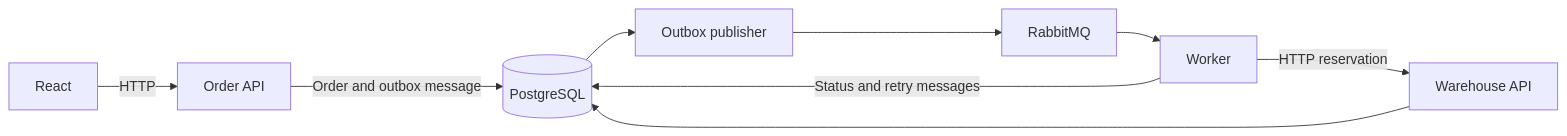
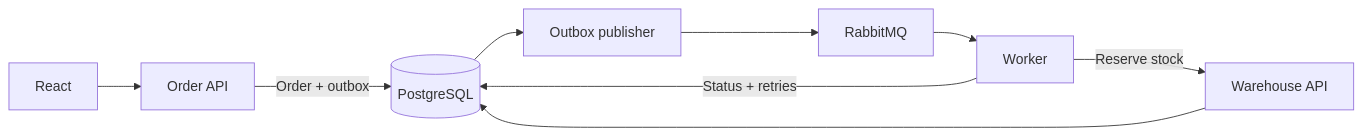
The diagram in README.md (HugoMelander1/orderbridge), drawn with Mermaid before and after one commit. The commit also changed other lines of this file and 1 other file, not shown here.

````diff
--- a/README.md
+++ b/README.md
@@ -55,11 +40,11 @@
 ```mermaid
 flowchart LR
-    React -->|HTTP| API[Order API]
-    API -->|Order and outbox message| DB[(PostgreSQL)]
+    UI[React] --> API[Order API]
+    API -->|Order + outbox| DB[(PostgreSQL)]
     DB --> Publisher[Outbox publisher]
-    Publisher --> RabbitMQ
-    RabbitMQ --> Worker
-    Worker -->|HTTP reservation| Inventory[Warehouse API]
-    Inventory --> DB
-    Worker -->|Status and retry messages| DB
+    Publisher --> MQ[RabbitMQ]
+    MQ --> Worker
+    Worker -->|Reserve stock| Warehouse[Warehouse API]
+    Warehouse --> DB
+    Worker -->|Status + retries| DB
 ```
````
